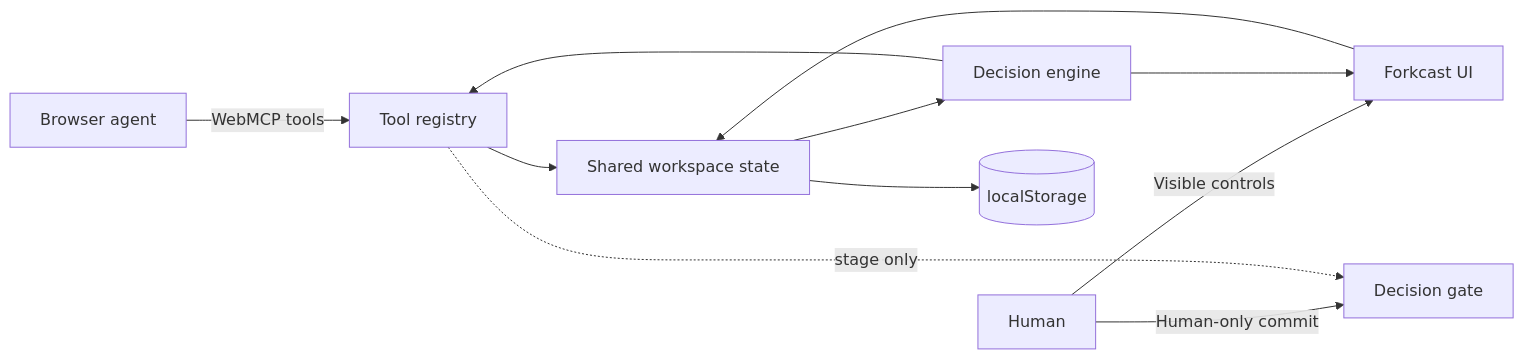
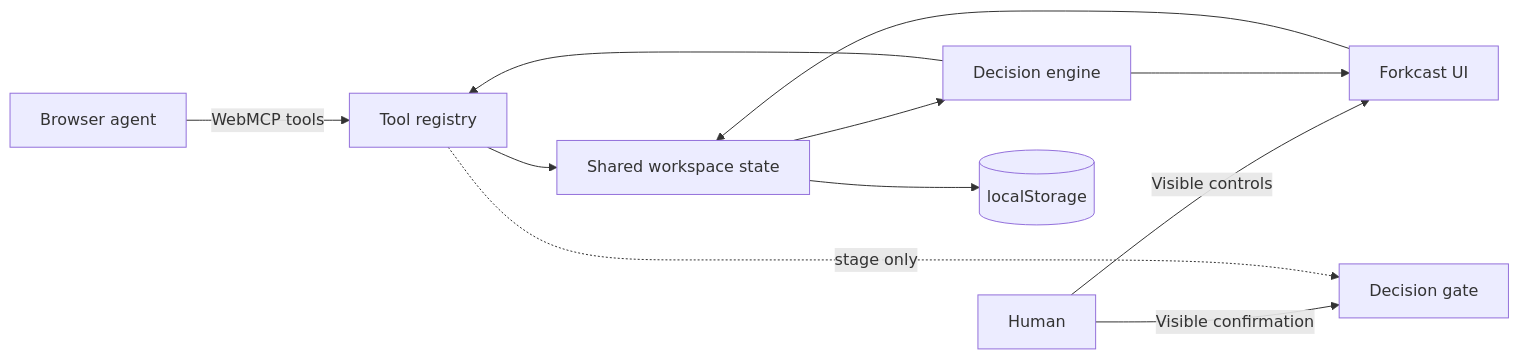
One commit to 652036/web-mcp changed the diagram in README.md. Above: the diagram before and after it, drawn with Mermaid. The commit also changed other lines of this file and 23 other files, not shown here.

````diff
--- a/README.md
+++ b/README.md
@@ -75,13 +76,13 @@
 ```mermaid
 flowchart LR
   A[Browser agent] -->|WebMCP tools| R[Tool registry]
   H[Human] -->|Visible controls| UI[Forkcast UI]
   R --> S[Shared workspace state]
   UI --> S
   S --> E[Decision engine]
   E --> UI
   E --> R
   S --> L[(localStorage)]
-  H -->|Human-only commit| G[Decision gate]
+  H -->|Visible confirmation| G[Decision gate]
   R -. stage only .-> G
 ```
````
